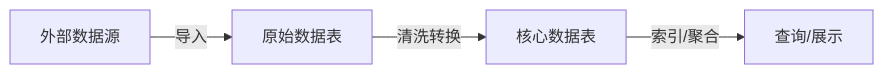
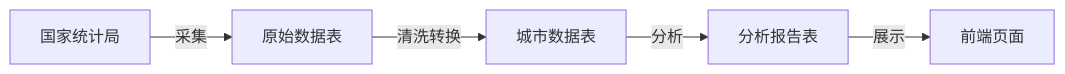
Before and after one commit to hhyouyou/eaves: the second of 2 diagrams in doc/design/data-model.md, drawn with Mermaid. The commit also changed other lines of this file and 8 other files, not shown here.

````diff
--- a/doc/design/data-model.md
+++ b/doc/design/data-model.md
@@ -48,6 +69,7 @@
 ```mermaid
 flowchart LR
-    A[外部数据源] -->|导入| B[原始数据表]
-    B -->|清洗转换| C[核心数据表]
-    C -->|索引/聚合| D[查询/展示]
+    A[国家统计局] -->|采集| B[原始数据表]
+    B -->|清洗转换| C[城市数据表]
+    C -->|分析| D[分析报告表]
+    D -->|展示| E[前端页面]
 ```
````
